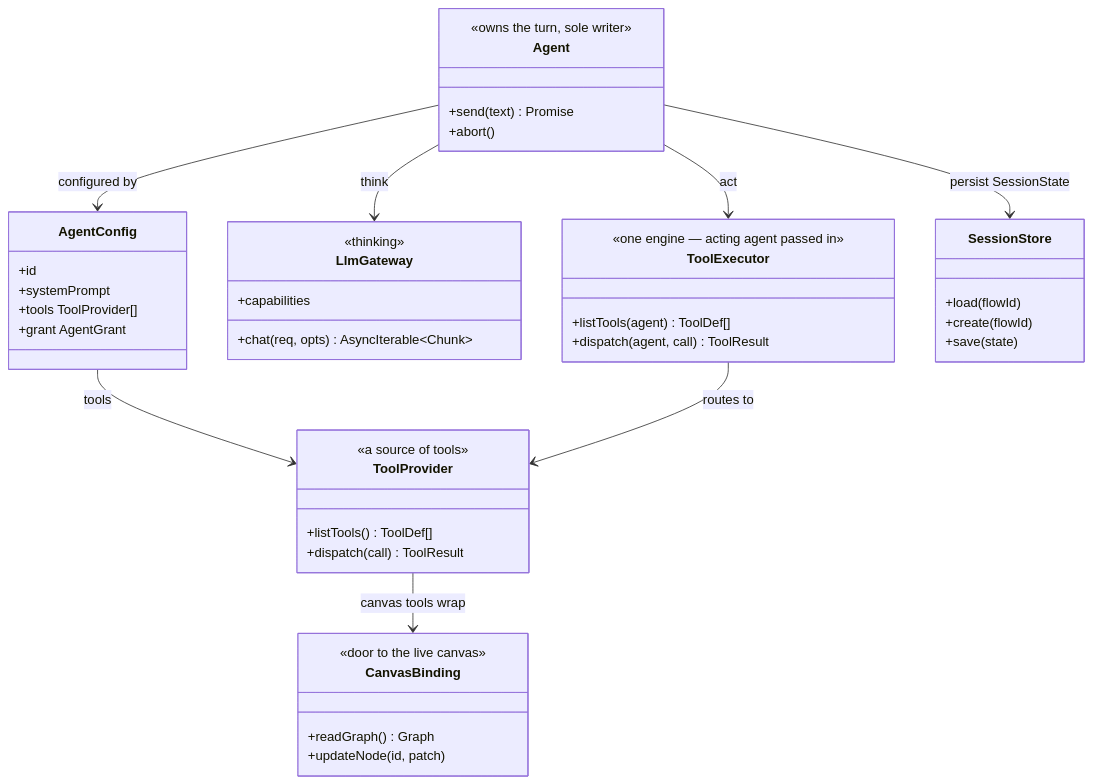
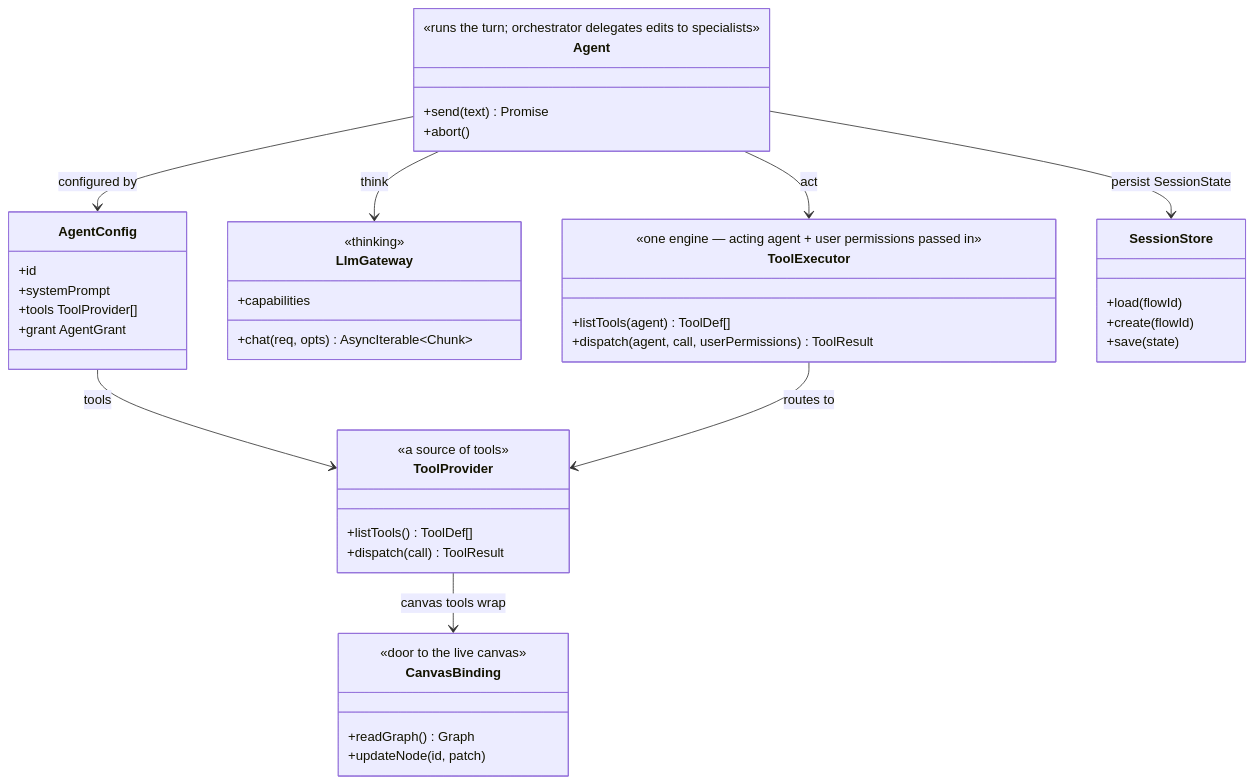
Before and after one commit to lemoncloud-io/eureka-flow: the second of 3 diagrams in docs/browser-agent/design/architecture.md, drawn with Mermaid. The commit also changed other lines of this file and 80 other files, not shown here.

````diff
--- a/docs/browser-agent/design/architecture.md
+++ b/docs/browser-agent/design/architecture.md
@@ -61,46 +71,46 @@
 ```mermaid
 classDiagram
     class Agent {
-        <<owns the turn, sole writer>>
+        <<runs the turn; orchestrator delegates edits to specialists>>
         +send(text) Promise
         +abort()
     }
     class AgentConfig {
         +id
         +systemPrompt
         +tools ToolProvider[]
         +grant AgentGrant
     }
     class LlmGateway {
         <<thinking>>
         +capabilities
         +chat(req, opts) AsyncIterable~Chunk~
     }
     class ToolExecutor {
-        <<one engine — acting agent passed in>>
+        <<one engine — acting agent + user permissions passed in>>
         +listTools(agent) ToolDef[]
-        +dispatch(agent, call) ToolResult
+        +dispatch(agent, call, userPermissions) ToolResult
     }
     class ToolProvider {
         <<a source of tools>>
         +listTools() ToolDef[]
         +dispatch(call) ToolResult
     }
     class CanvasBinding {
         <<door to the live canvas>>
         +readGraph() Graph
         +updateNode(id, patch)
     }
     class SessionStore {
         +load(flowId)
         +create(flowId)
         +save(state)
     }
     Agent --> AgentConfig : configured by
     Agent --> LlmGateway : think
     Agent --> ToolExecutor : act
     Agent --> SessionStore : persist SessionState
     AgentConfig --> ToolProvider : tools
     ToolExecutor --> ToolProvider : routes to
     ToolProvider --> CanvasBinding : canvas tools wrap
 ```
````
